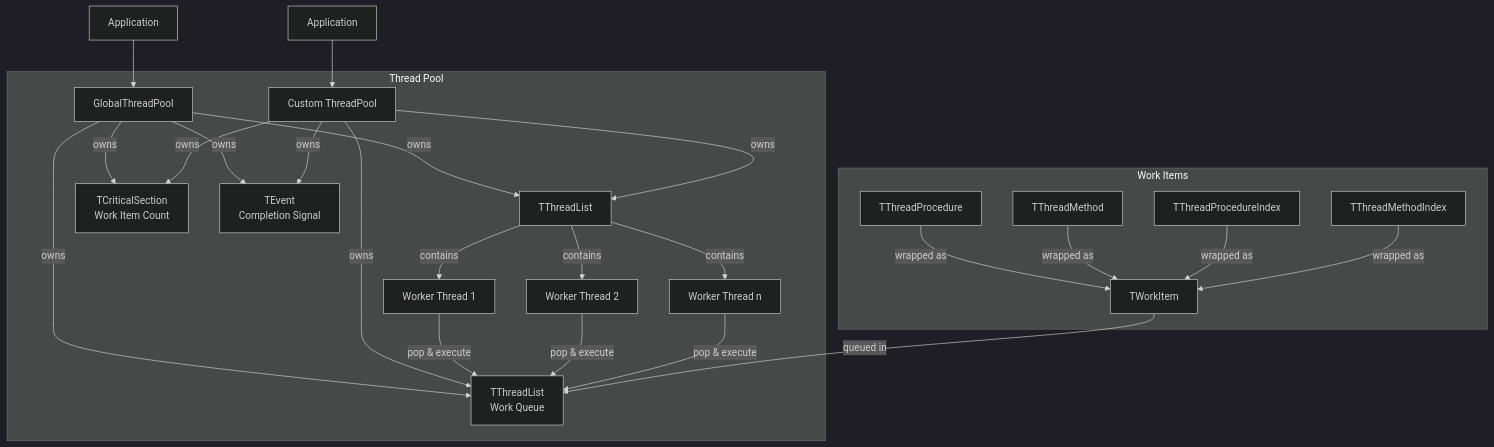
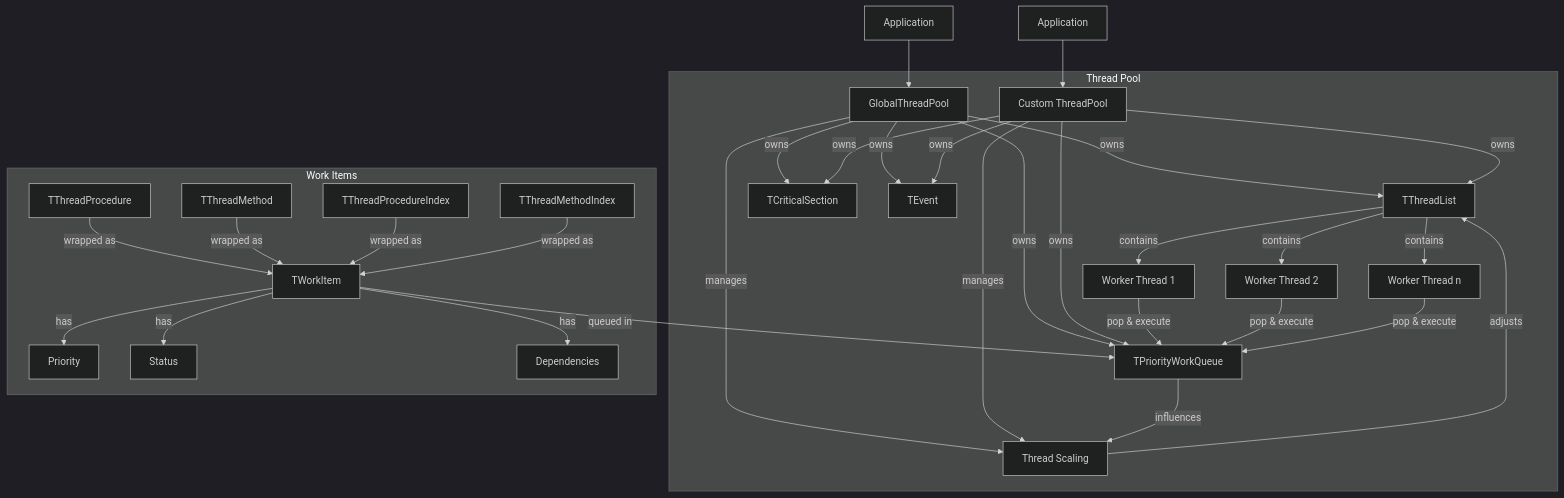
One commit to ikelaiah/threadpool-fp changed the first of 2 diagrams in docs/TECHNICAL.md. Above: the diagram before and after it, drawn with Mermaid (dark theme). The commit also changed other lines of this file and 4 other files, not shown here.

````diff
--- a/docs/TECHNICAL.md
+++ b/docs/TECHNICAL.md
@@ -6,26 +5,33 @@
 ```mermaid
 graph TD
     A1[Application] --> G[GlobalThreadPool]
     A2[Application] --> C1[Custom ThreadPool]
     
     subgraph "Thread Pool"
         G & C1 --> |owns| TL[TThreadList]
-        G & C1 --> |owns| WQ[TThreadList<br>Work Queue]
-        G & C1 --> |owns| CS[TCriticalSection<br>Work Item Count]
-        G & C1 --> |owns| EV[TEvent<br>Completion Signal]
+        G & C1 --> |owns| PQ[TPriorityWorkQueue]
+        G & C1 --> |owns| CS[TCriticalSection]
+        G & C1 --> |owns| EV[TEvent]
+        G & C1 --> |manages| TS[Thread Scaling]
         
         TL --> |contains| W1[Worker Thread 1]
         TL --> |contains| W2[Worker Thread 2]
         TL --> |contains| Wn[Worker Thread n]
         
-        W1 & W2 & Wn -->|pop & execute| WQ
+        W1 & W2 & Wn -->|pop & execute| PQ
+        
+        TS --> |adjusts| TL
+        PQ --> |influences| TS
     end
     
     subgraph "Work Items"
         P1[TThreadProcedure] --> |wrapped as| WI[TWorkItem]
         P2[TThreadMethod] --> |wrapped as| WI
         P3[TThreadProcedureIndex] --> |wrapped as| WI
         P4[TThreadMethodIndex] --> |wrapped as| WI
-        WI -->|queued in| WQ
+        WI -->|queued in| PQ
+        WI -->|has| PR[Priority]
+        WI -->|has| ST[Status]
+        WI -->|has| DP[Dependencies]
     end
 ```
````
